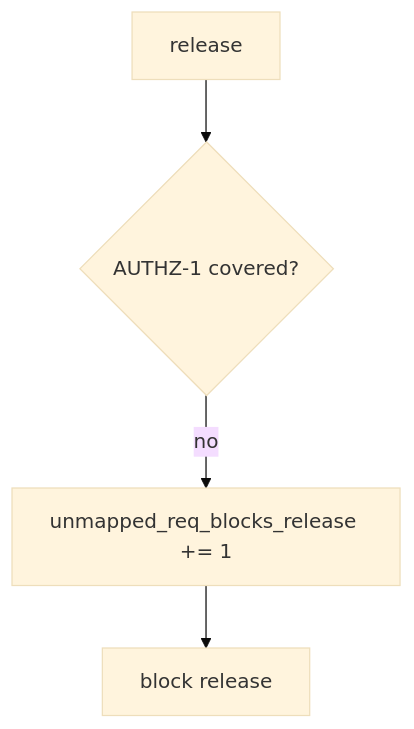
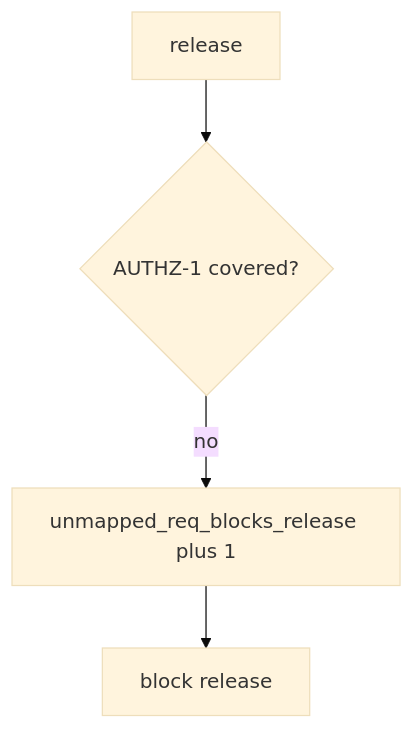
One commit to ishitvagoel/LearnSecurity changed the diagram in content/modules/9/9.1/lessons/06-operate.md. Above: the diagram before and after it, drawn with Mermaid (base theme). The commit also changed other lines of this file and 28 other files, not shown here.

````diff
--- a/content/modules/9/9.1/lessons/06-operate.md
+++ b/content/modules/9/9.1/lessons/06-operate.md
@@ -13,6 +13,6 @@
 ```mermaid
 flowchart TD
   Rel[release] --> Cov{AUTHZ-1 covered?}
-  Cov -->|no| Metric["unmapped_req_blocks_release += 1"]
+  Cov -->|no| Metric["unmapped_req_blocks_release plus 1"]
   Metric --> Stop[block release]
 ```
````
